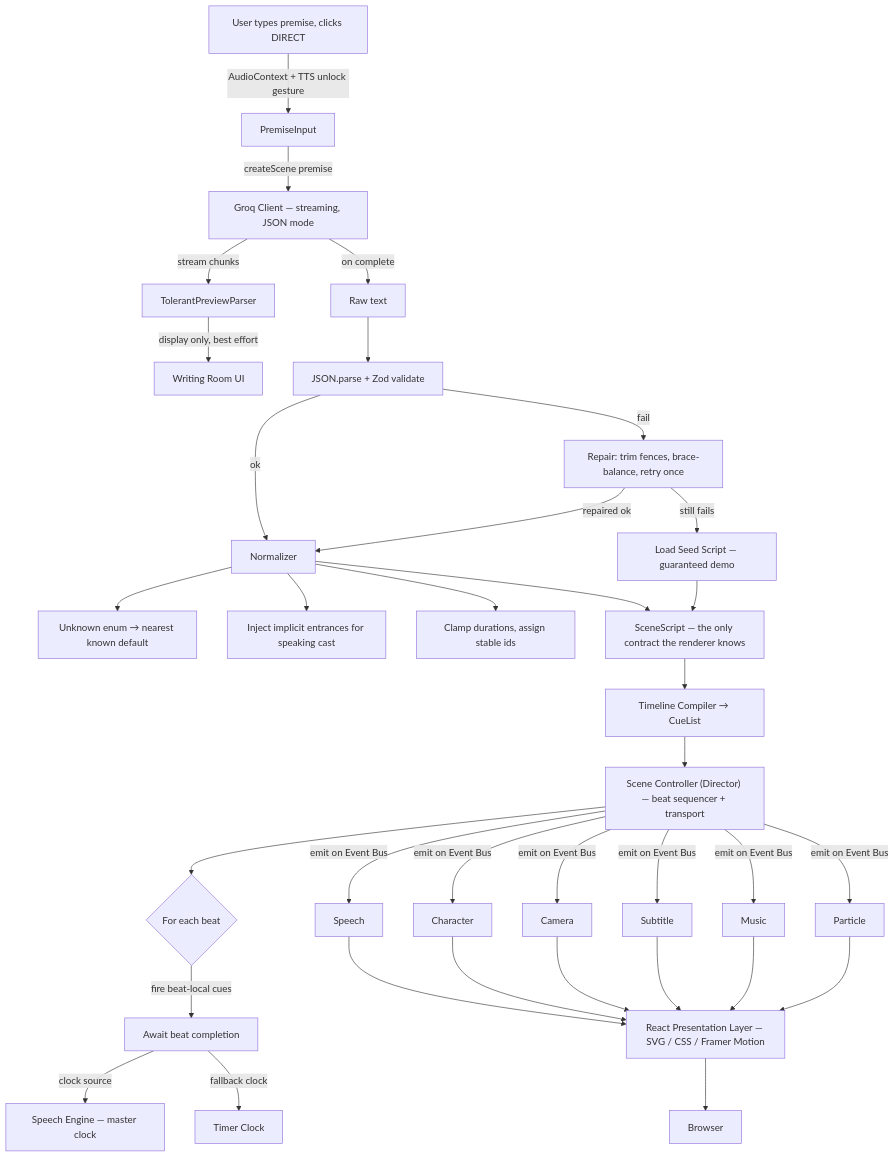
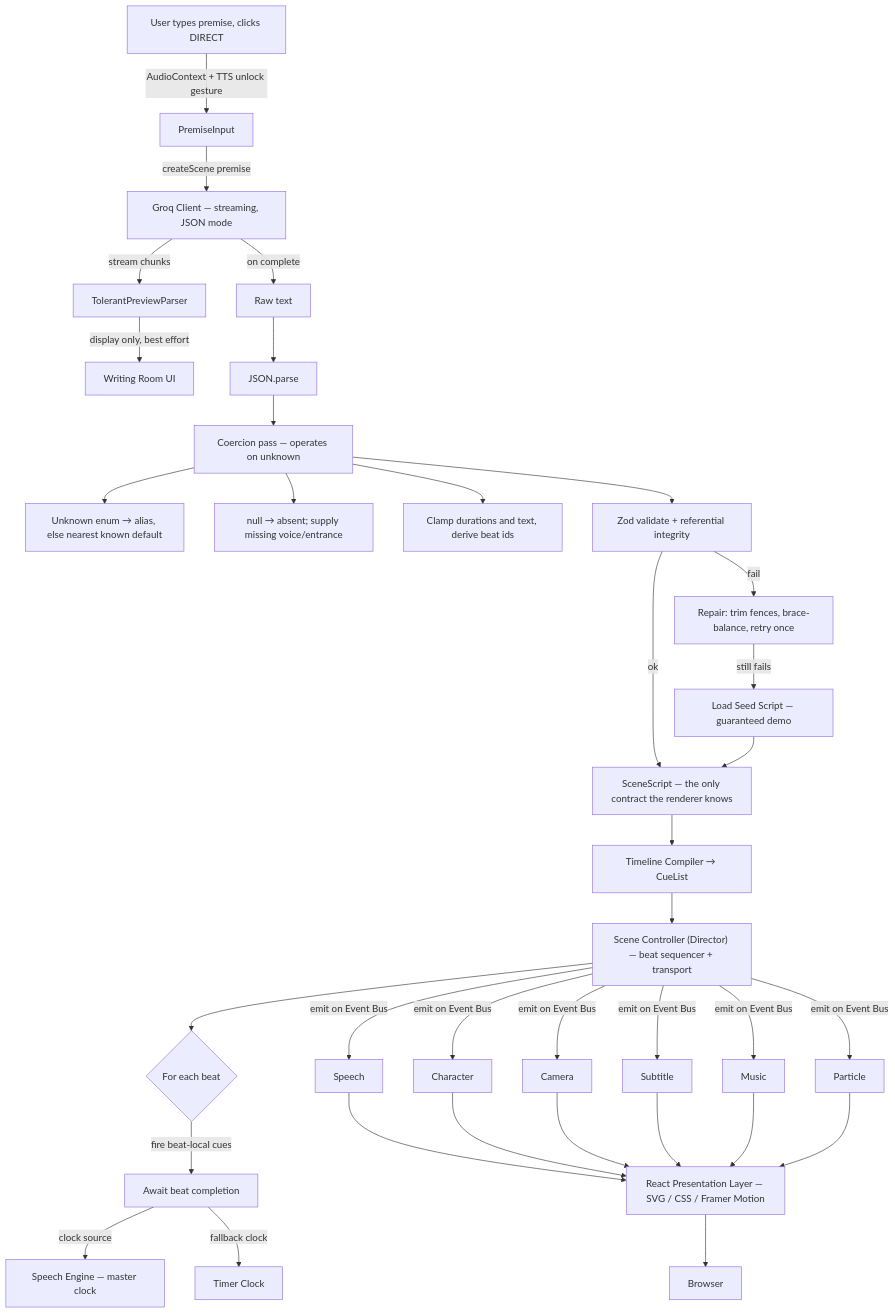
Before and after one commit to ShyamKumar29/ColdOpen: the second of 4 diagrams in docs/ARCHITECTURE.md, drawn with Mermaid. The commit also changed other lines of this file and 25 other files, not shown here.

````diff
--- a/docs/ARCHITECTURE.md
+++ b/docs/ARCHITECTURE.md
@@ -52,37 +52,37 @@
 ```mermaid
 flowchart TD
     A[User types premise, clicks DIRECT] -->|AudioContext + TTS unlock gesture| B[PremiseInput]
     B -->|createScene premise| C[Groq Client — streaming, JSON mode]
     C -->|stream chunks| D[TolerantPreviewParser]
     D -->|display only, best effort| E["Writing Room" UI]
     C -->|on complete| F[Raw text]
-    F --> G[JSON.parse + Zod validate]
+    F --> F1[JSON.parse]
+    F1 --> J[Coercion pass — operates on unknown]
+    J --> J1[Unknown enum → alias, else nearest known default]
+    J --> J2[null → absent; supply missing voice/entrance]
+    J --> J3[Clamp durations and text, derive beat ids]
+    J --> G[Zod validate + referential integrity]
     G -->|fail| H[Repair: trim fences, brace-balance, retry once]
     H -->|still fails| I[Load Seed Script — guaranteed demo]
-    G -->|ok| J[Normalizer]
-    H -->|repaired ok| J
-    J --> J1[Unknown enum → nearest known default]
-    J --> J2[Inject implicit entrances for speaking cast]
-    J --> J3[Clamp durations, assign stable ids]
-    J --> K[SceneScript — the only contract the renderer knows]
+    G -->|ok| K[SceneScript — the only contract the renderer knows]
     I --> K
     K --> L[Timeline Compiler → CueList]
     L --> M["Scene Controller (Director) — beat sequencer + transport"]
     M --> N{For each beat}
     N -->|fire beat-local cues| O[Await beat completion]
     O -->|clock source| P[Speech Engine — master clock]
     O -->|fallback clock| Q[Timer Clock]
     M -->|emit on Event Bus| R[Speech]
     M -->|emit on Event Bus| S[Character]
     M -->|emit on Event Bus| T[Camera]
     M -->|emit on Event Bus| U[Subtitle]
     M -->|emit on Event Bus| V[Music]
     M -->|emit on Event Bus| W[Particle]
     R --> X[React Presentation Layer — SVG / CSS / Framer Motion]
     S --> X
     T --> X
     U --> X
     V --> X
     W --> X
     X --> Y[Browser]
 ```
````
